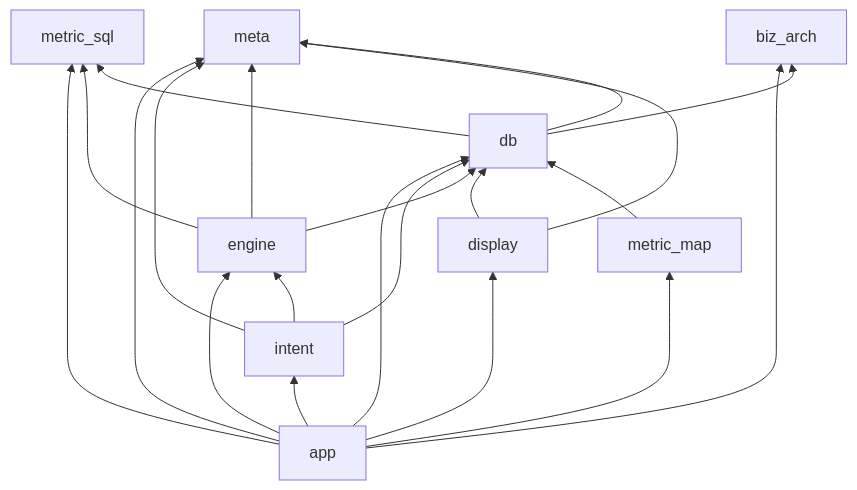
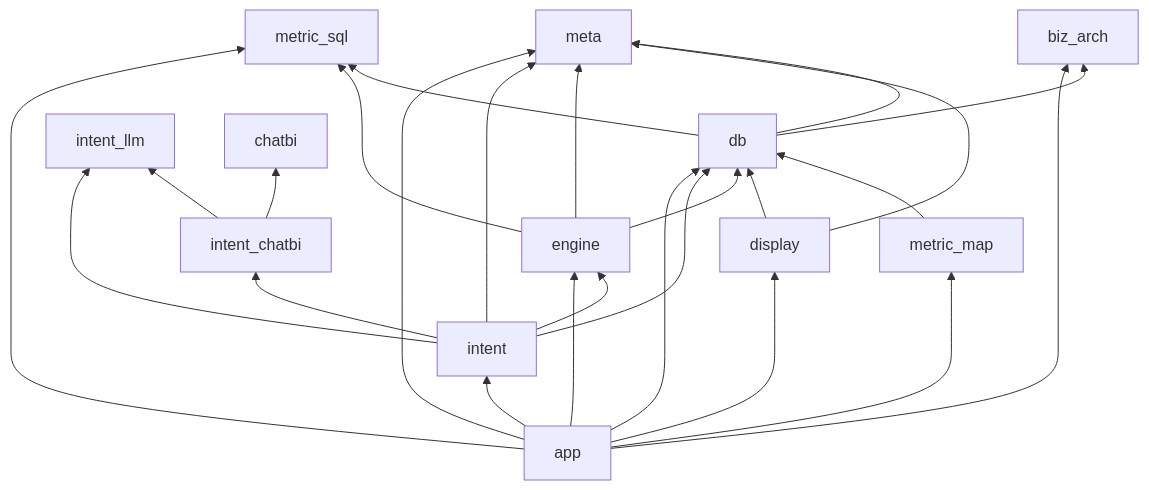
The fourth of 16 diagrams in doc/05_详细设计_Flask与实现.md (huanglin983/askdata), drawn with Mermaid before and after one commit. The commit also changed other lines of this file and 3 other files, not shown here.

````diff
--- a/doc/05_详细设计_Flask与实现.md
+++ b/doc/05_详细设计_Flask与实现.md
@@ -281,23 +281,27 @@
 ```mermaid
 flowchart BT
   app --> intent
   app --> engine
   app --> display
   app --> db
   app --> meta
   app --> biz_arch
   app --> metric_sql
   app --> metric_map
+  intent --> intent_chatbi
+  intent --> intent_llm
+  intent_chatbi --> chatbi
+  intent_chatbi --> intent_llm
   intent --> engine
   intent --> db
   intent --> meta
   engine --> db
   engine --> meta
   engine --> metric_sql
   display --> db
   display --> meta
   db --> metric_sql
   db --> meta
   db --> biz_arch
   metric_map --> db
 ```
````
